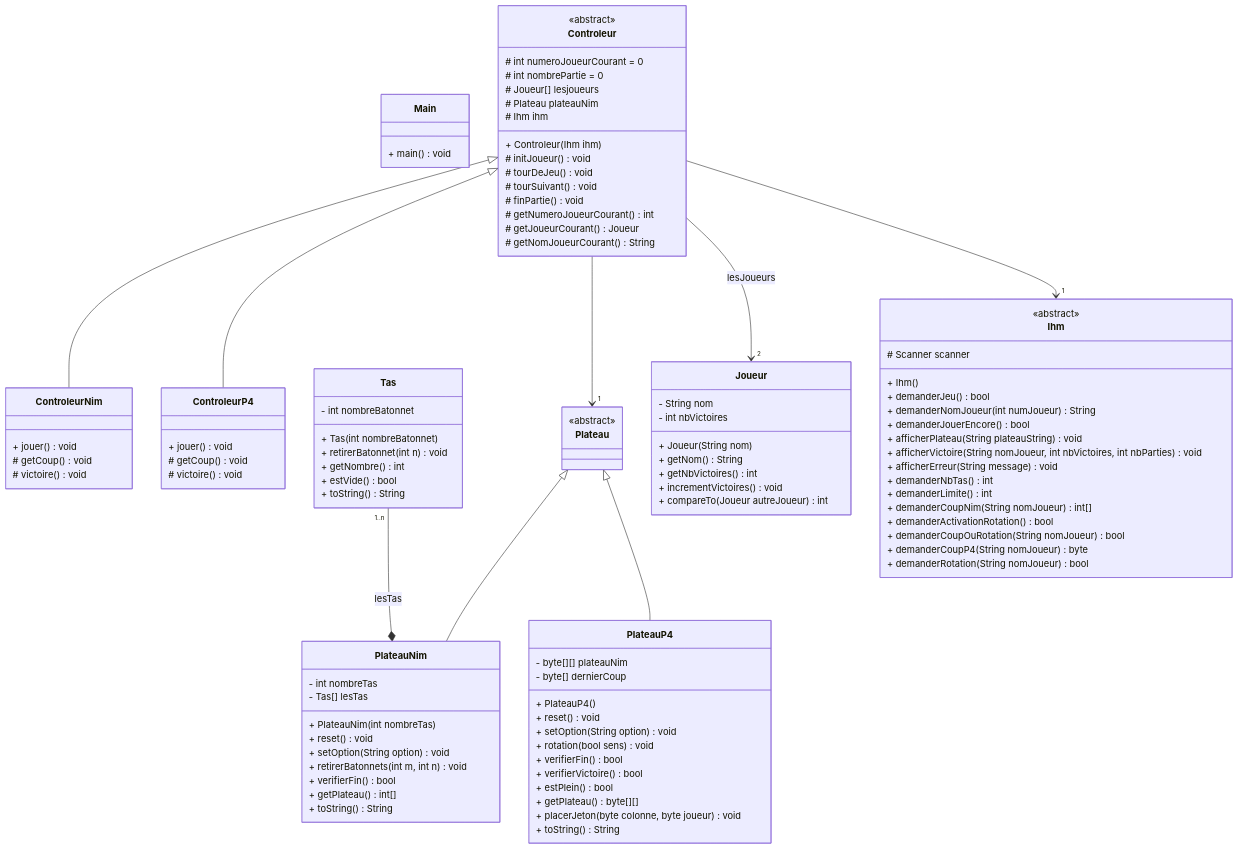
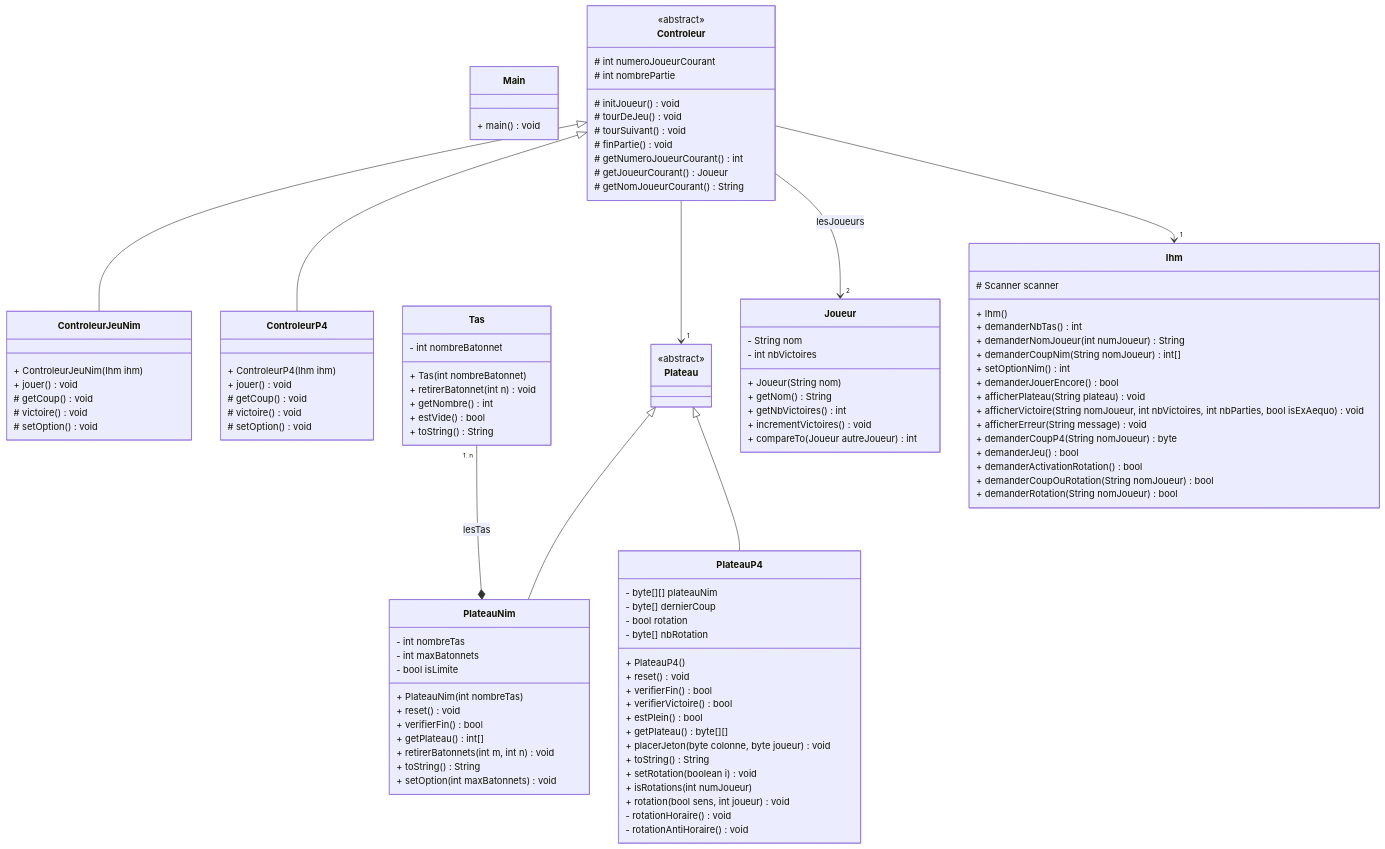
The second of 2 diagrams in Document/Iteration3/Iteration3.md (Kaawan-d20/CDA), drawn with Mermaid before and after one commit. The commit also changed other lines of this file and 6 other files, not shown here.

```diff
--- a/Document/Iteration3/Iteration3.md
+++ b/Document/Iteration3/Iteration3.md
@@ -204,14 +204,9 @@
 
     class Controleur {
         <<abstract>>
-        # int numeroJoueurCourant = 0
-        # int nombrePartie = 0
-
-        # Joueur[]  lesjoueurs
-        # Plateau plateauNim
-        # Ihm ihm
-        
-        + Controleur(Ihm ihm)
+        # int numeroJoueurCourant
+        # int nombrePartie
+                
         # initJoueur() void
         # tourDeJeu() void
         # tourSuivant() void
@@ -221,50 +216,60 @@
         # getNomJoueurCourant() String
     }
 
-    class ControleurNim{
+    class ControleurJeuNim{
+        + ControleurJeuNim(Ihm ihm)
         + jouer() void
         # getCoup() void
         # victoire() void
+        # setOption() void
     }
 
     class ControleurP4{
+        + ControleurP4(Ihm ihm)
         + jouer() void
         # getCoup() void
         # victoire() void
+        # setOption() void
     }
 
-    Controleur <|-- ControleurNim
+    Controleur <|-- ControleurJeuNim
     Controleur <|-- ControleurP4
 
     class Plateau {<<abstract>>}
     class PlateauNim {
         - int nombreTas
-        
-        - Tas[] lesTas
+        - int maxBatonnets
+        - bool isLimite
 
         + PlateauNim(int nombreTas)
         + reset() void
-        + setOption(String option) void
-        + retirerBatonnets(int m, int n) void
         + verifierFin() bool
         + getPlateau() int[]
+        + retirerBatonnets(int m, int n) void
         + toString() String
+        + setOption(int maxBatonnets) void
     }
 
     class PlateauP4 {
         - byte[][] plateauNim
         - byte[] dernierCoup
+        - bool rotation
+        - byte[] nbRotation
 
         + PlateauP4()
         + reset() void
-        + setOption(String option) void
-        + rotation(bool sens) void
         + verifierFin() bool
         + verifierVictoire() bool
         + estPlein() bool
         + getPlateau() byte[][]
         + placerJeton(byte colonne, byte joueur) void
         + toString() String 
+        + setRotation(boolean i) void
+        + isRotations(int numJoueur)
+        + rotation(bool sens, int joueur) void
+        - rotationHoraire() void
+        - rotationAntiHoraire() void
+
 
     }
 
@@ -298,22 +303,21 @@
 
 
     class Ihm {
-        <<abstract>>
         # Scanner scanner
 
         + Ihm()
+        + demanderNbTas() int
+        + demanderNomJoueur(int numJoueur) String
+        + demanderCoupNim(String nomJoueur) int[]
+        + setOptionNim() int
+        + demanderJouerEncore() bool
+        + afficherPlateau(String plateau) void
+        + afficherVictoire(String nomJoueur, int nbVictoires, int nbParties, bool isExAequo) void
+        + afficherErreur(String message) void
+        + demanderCoupP4(String nomJoueur) byte
         + demanderJeu() bool
-        + demanderNomJoueur(int numJoueur) String
-        + demanderJouerEncore() bool
-        + afficherPlateau(String plateauString) void
-        + afficherVictoire(String nomJoueur, int nbVictoires, int nbParties) void
-        + afficherErreur(String message) void
-        + demanderNbTas() int
-        + demanderLimite() int
-        + demanderCoupNim(String nomJoueur) int[]
         + demanderActivationRotation() bool
         + demanderCoupOuRotation(String nomJoueur) bool
-        + demanderCoupP4(String nomJoueur) byte
         + demanderRotation(String nomJoueur) bool
     }
 
```
